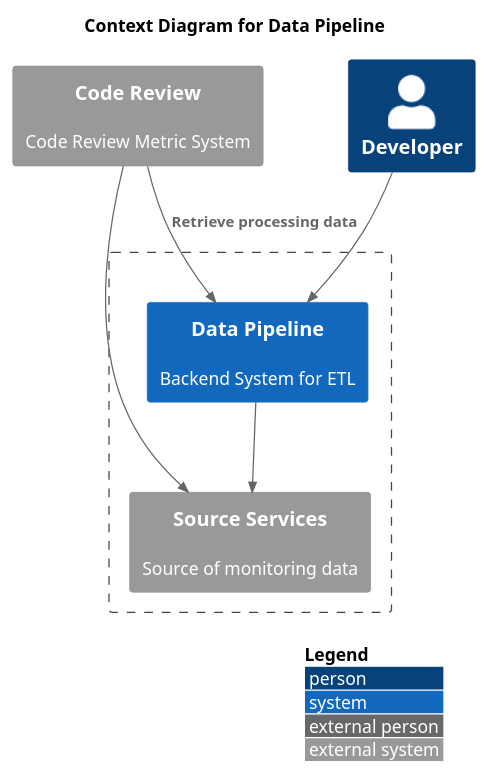
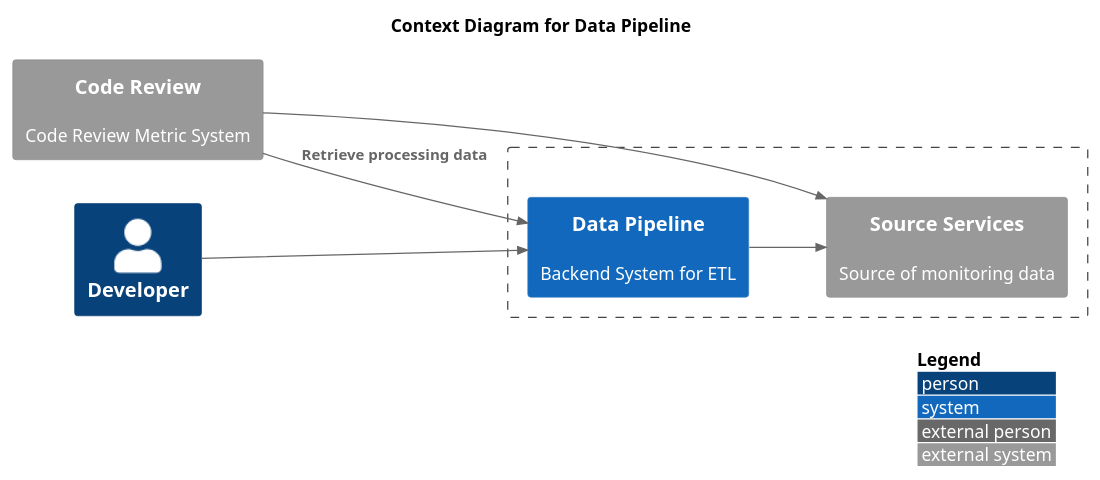
Before and after one commit to yanghoon/obsidian-workspace: the diagram in _diary/2024-06-19.md, drawn with PlantUML.

Commit message:
vault backup: 2024-06-19 22:29:23

````diff
--- a/_diary/2024-06-19.md
+++ b/_diary/2024-06-19.md
@@ -3,19 +3,21 @@
 ```plantuml
 !include <C4/C4_Context.puml>
 
+' LAYOUT_TOP_DOWN()
+LAYOUT_LEFT_RIGHT()
 LAYOUT_WITH_LEGEND()
 
 title Context Diagram for Data Pipeline
 
 System_Ext(review, "Code Review", "Code Review Metric System")
 Boundary(system, "") {
 	System_Ext(service, "Source Services", "Source of monitoring data")
 	System(app, "Data Pipeline", "Backend System for ETL")
 }
 Person(developer, "Developer", "")
 
 Rel(review, app, "Retrieve processing data")
 Rel(review, service, "")
 Rel(app, service, "")
 Rel(developer, app, "")
 ```
````
